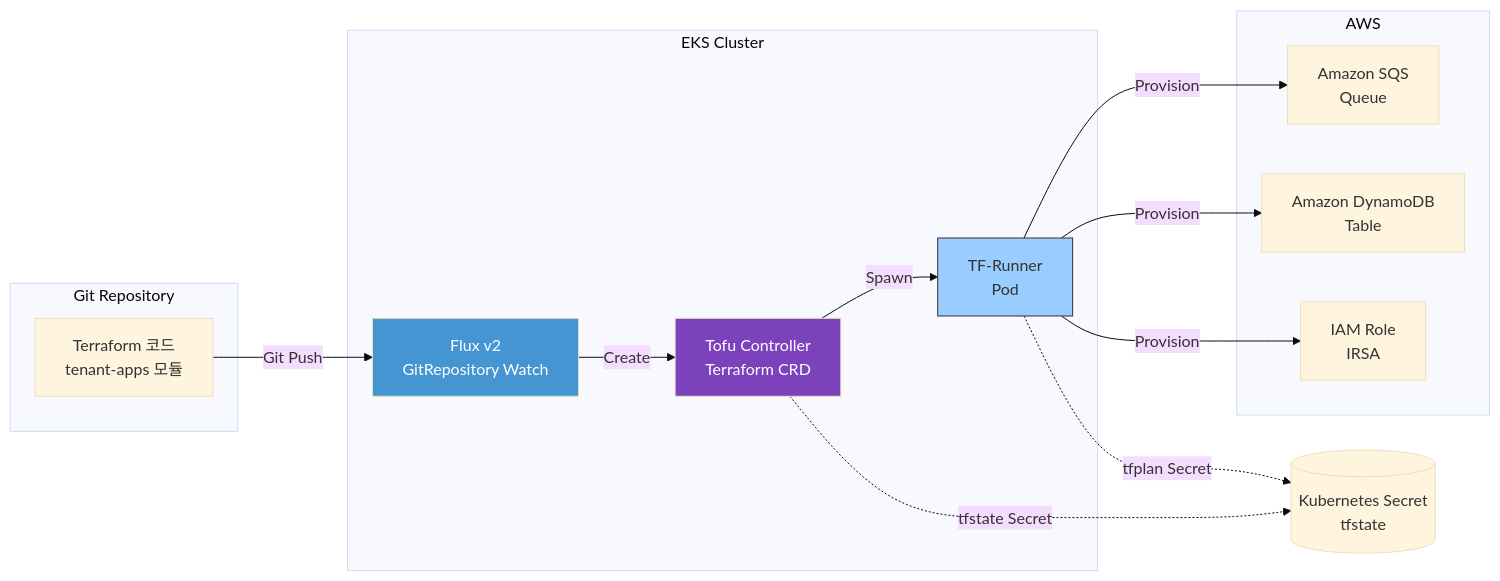
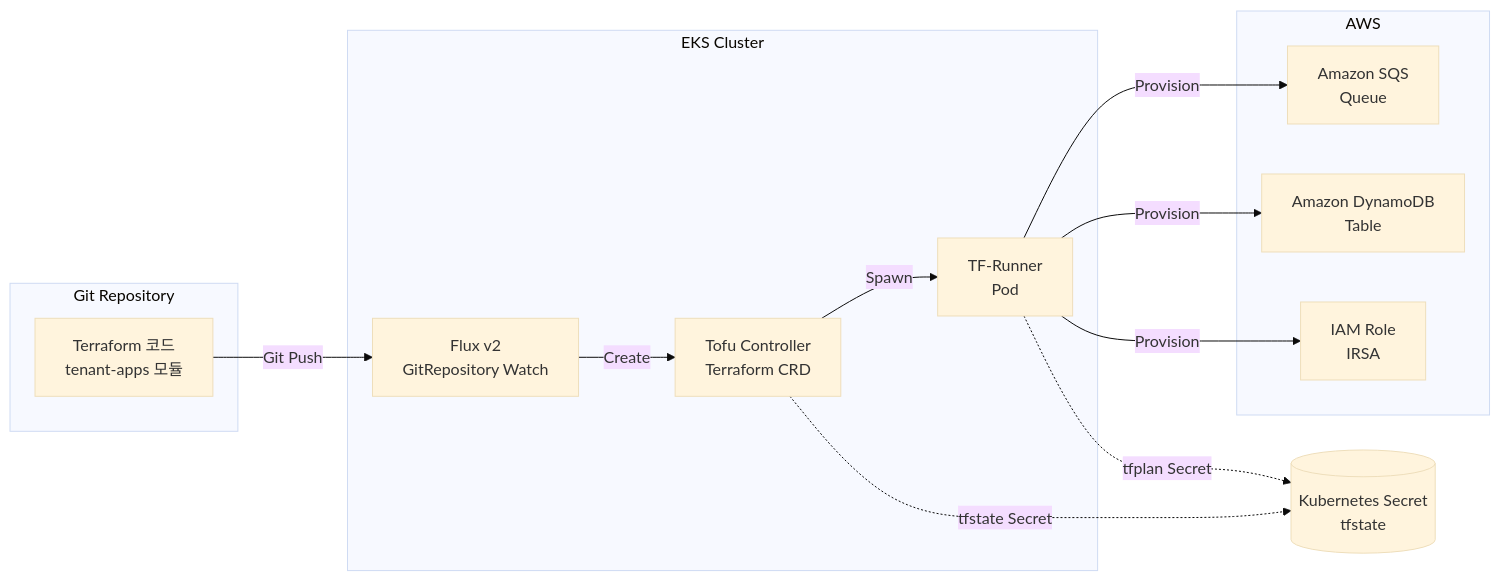
Before and after one commit to juwon8891/juwon8891.github.io: the fourth of 7 diagrams in docs/eks/week6-cicd.md, drawn with Mermaid (base theme). The commit also changed other lines of this file and 18 other files, not shown here.

Commit message:
Remove bright colors from Mermaid diagrams for dark mode compatibility

````diff
--- a/docs/eks/week6-cicd.md
+++ b/docs/eks/week6-cicd.md
@@ -285,32 +274,29 @@
 ```mermaid
 graph LR
     subgraph "Git Repository"
         TF[Terraform 코드<br/>tenant-apps 모듈]
     end
 
     subgraph "EKS Cluster"
         FC[Flux v2<br/>GitRepository Watch]
         TC[Tofu Controller<br/>Terraform CRD]
         TR[TF-Runner<br/>Pod]
     end
 
     subgraph "AWS"
         SQS[Amazon SQS<br/>Queue]
         DDB[Amazon DynamoDB<br/>Table]
         IAM[IAM Role<br/>IRSA]
     end
 
     TF -->|Git Push| FC
     FC -->|Create| TC
     TC -->|Spawn| TR
     TR -->|Provision| SQS
     TR -->|Provision| DDB
     TR -->|Provision| IAM
 
     TC -.->|tfstate Secret| K8S[(Kubernetes Secret<br/>tfstate)]
     TR -.->|tfplan Secret| K8S
 
-    style FC fill:#4495d1,color:#fff
-    style TC fill:#7B42BC,color:#fff
-    style TR fill:#9cf,stroke:#333
 ```
````
